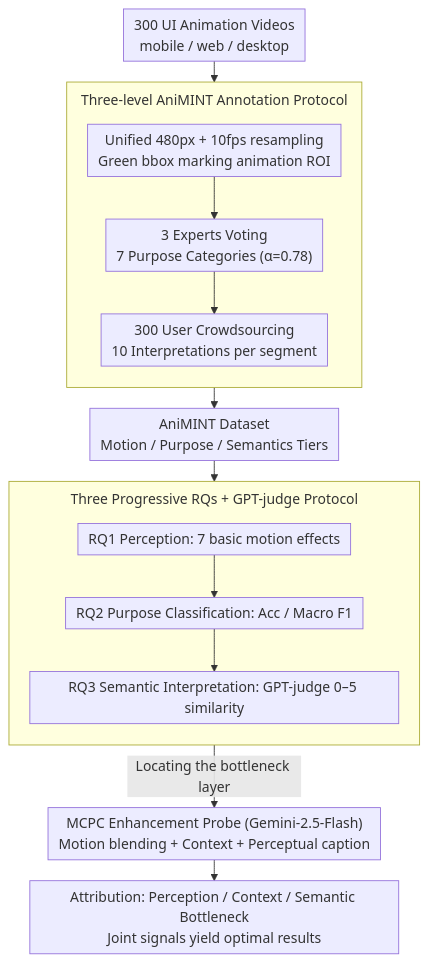
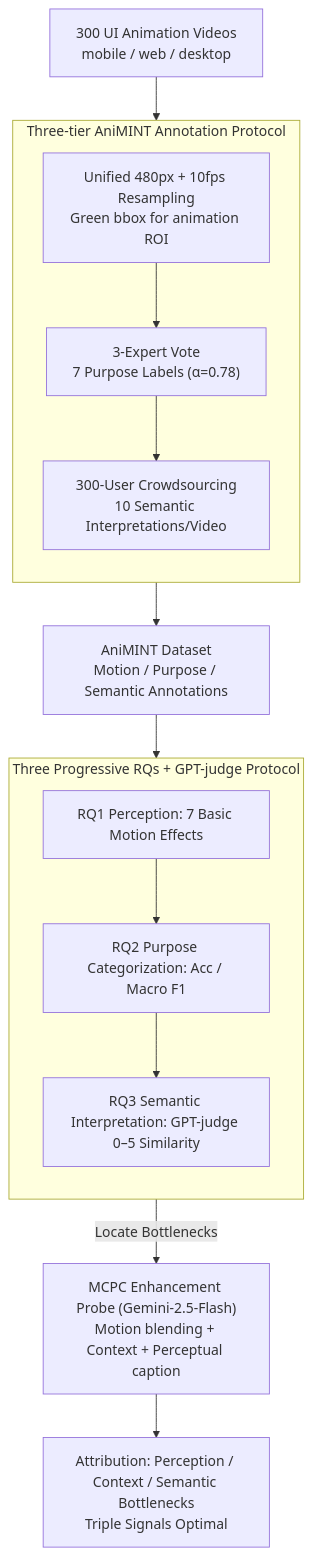
One commit to zhaoyang97/Paper-Notes-en changed the diagram in docs/ACL2026/multimodal_vlm/beyond_screenshots_evaluating_vlms_understanding_of_ui_animations.md. Above: the diagram before and after it, drawn with Mermaid. The commit also changed other lines of this file and 5084 other files, not shown here.

````diff
--- a/docs/ACL2026/multimodal_vlm/beyond_screenshots_evaluating_vlms_understanding_of_ui_animations.md
+++ b/docs/ACL2026/multimodal_vlm/beyond_screenshots_evaluating_vlms_understanding_of_ui_animations.md
@@ -44,19 +44,18 @@
 ```mermaid
-%%{init: {'flowchart': {'rankSpacing': 24, 'nodeSpacing': 28, 'padding': 6, 'wrappingWidth': 400, 'subGraphTitleMargin': {'top': 8, 'bottom': 16}}}}%%
-flowchart TD
+graph TD
     A["300 UI Animation Videos<br/>mobile / web / desktop"] --> SUB1
-    subgraph SUB1["Three-level AniMINT Annotation Protocol"]
+    subgraph SUB1["Three-tier AniMINT Annotation Protocol"]
         direction TB
-        B["Unified 480px + 10fps resampling<br/>Green bbox marking animation ROI"] --> C["3 Experts Voting<br/>7 Purpose Categories (α=0.78)"]
-        C --> D["300 User Crowdsourcing<br/>10 Interpretations per segment"]
+        B["Unified 480px + 10fps Resampling<br/>Green bbox for animation ROI"] --> C["3-Expert Vote<br/>7 Purpose Labels (α=0.78)"]
+        C --> D["300-User Crowdsourcing<br/>10 Semantic Interpretations/Video"]
     end
-    SUB1 --> DS["AniMINT Dataset<br/>Motion / Purpose / Semantics Tiers"]
+    SUB1 --> DS["AniMINT Dataset<br/>Motion / Purpose / Semantic Annotations"]
     DS --> SUB2
     subgraph SUB2["Three Progressive RQs + GPT-judge Protocol"]
         direction TB
-        E["RQ1 Perception: 7 basic motion effects"] --> F["RQ2 Purpose Classification: Acc / Macro F1"]
-        F --> G["RQ3 Semantic Interpretation: GPT-judge 0–5 similarity"]
+        E["RQ1 Perception: 7 Basic Motion Effects"] --> F["RQ2 Purpose Categorization: Acc / Macro F1"]
+        F --> G["RQ3 Semantic Interpretation: GPT-judge 0–5 Similarity"]
     end
-    SUB2 -->|Locating the bottleneck layer| SUB3
-    SUB3["MCPC Enhancement Probe (Gemini-2.5-Flash)<br/>Motion blending + Context + Perceptual caption"] --> I["Attribution: Perception / Context / Semantic Bottleneck<br/>Joint signals yield optimal results"]
+    SUB2 -->|Locate Bottlenecks| SUB3
+    SUB3["MCPC Enhancement Probe (Gemini-2.5-Flash)<br/>Motion blending + Context + Perceptual caption"] --> I["Attribution: Perception / Context / Semantic Bottlenecks<br/>Triple Signals Optimal"]
 ```
````
